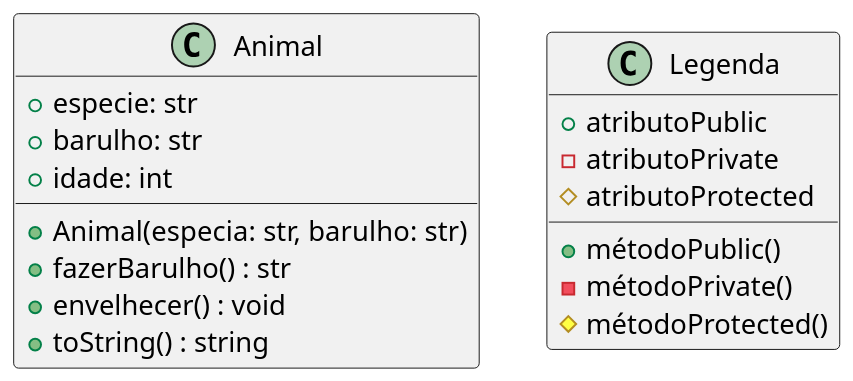
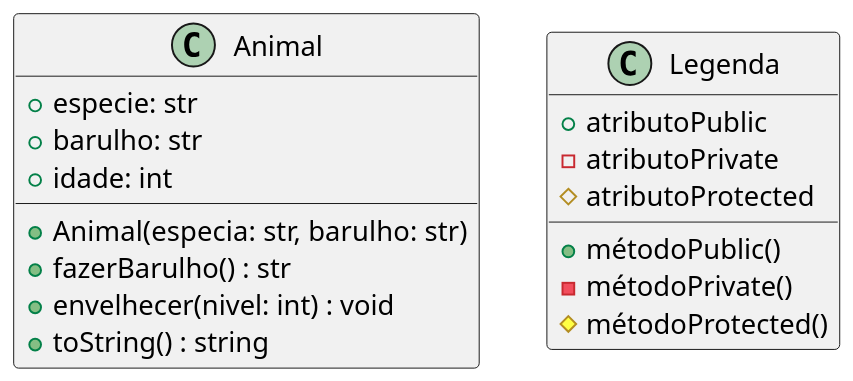
Before and after one commit to qxcodepoo/arcade: the diagram in base/animal2/diagrama.puml, drawn with PlantUML. The commit also changed 5 other files, not shown here.

```diff
--- a/base/animal2/diagrama.puml
+++ b/base/animal2/diagrama.puml
@@ -2,28 +2,28 @@
 @startuml
 
 skinparam defaultFontName Hasklig
 skinparam dpi 150
 '==
 class Animal {
     + especie: str
     + barulho: str
     + idade: int
     __
     + Animal(especia: str, barulho: str)
     + fazerBarulho() : str
-    + envelhecer() : void
+    + envelhecer(nivel: int) : void
     + toString() : string
 }
 
 class Legenda {
   + atributoPublic
   - atributoPrivate
   # atributoProtected
   __
   + métodoPublic()
   - métodoPrivate()
   # métodoProtected()
 }
 
 '--
 @enduml
```
